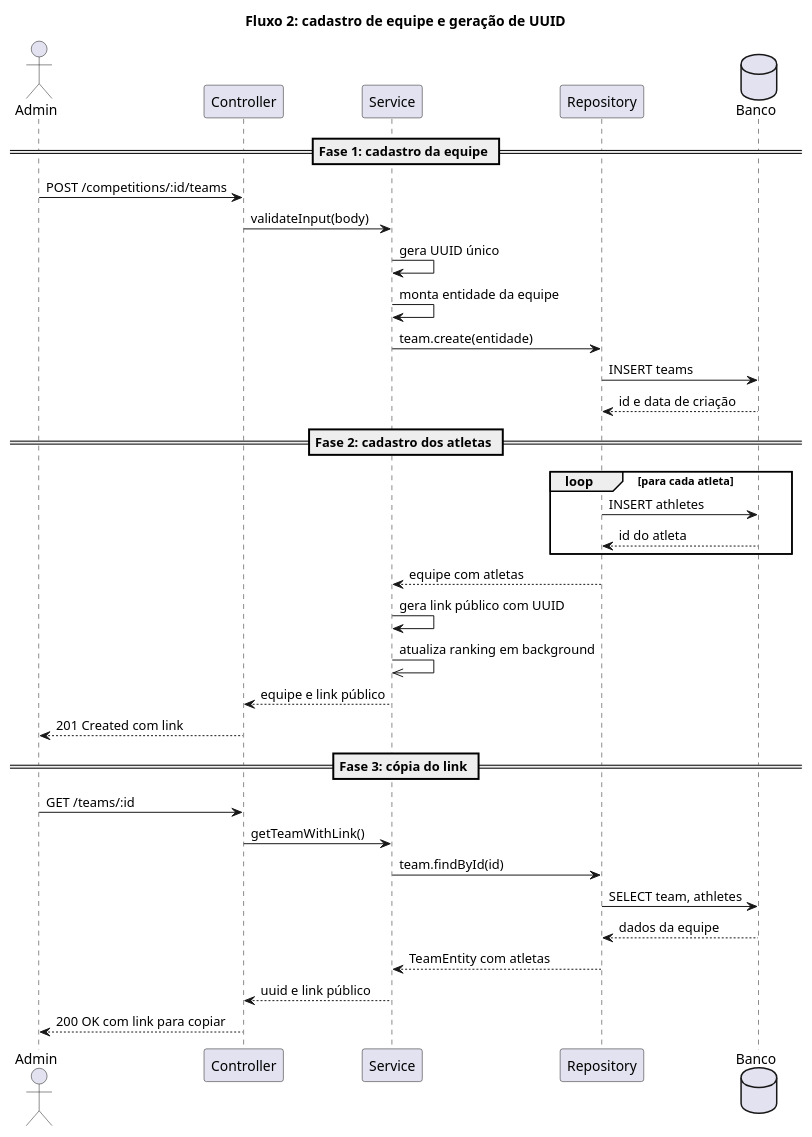
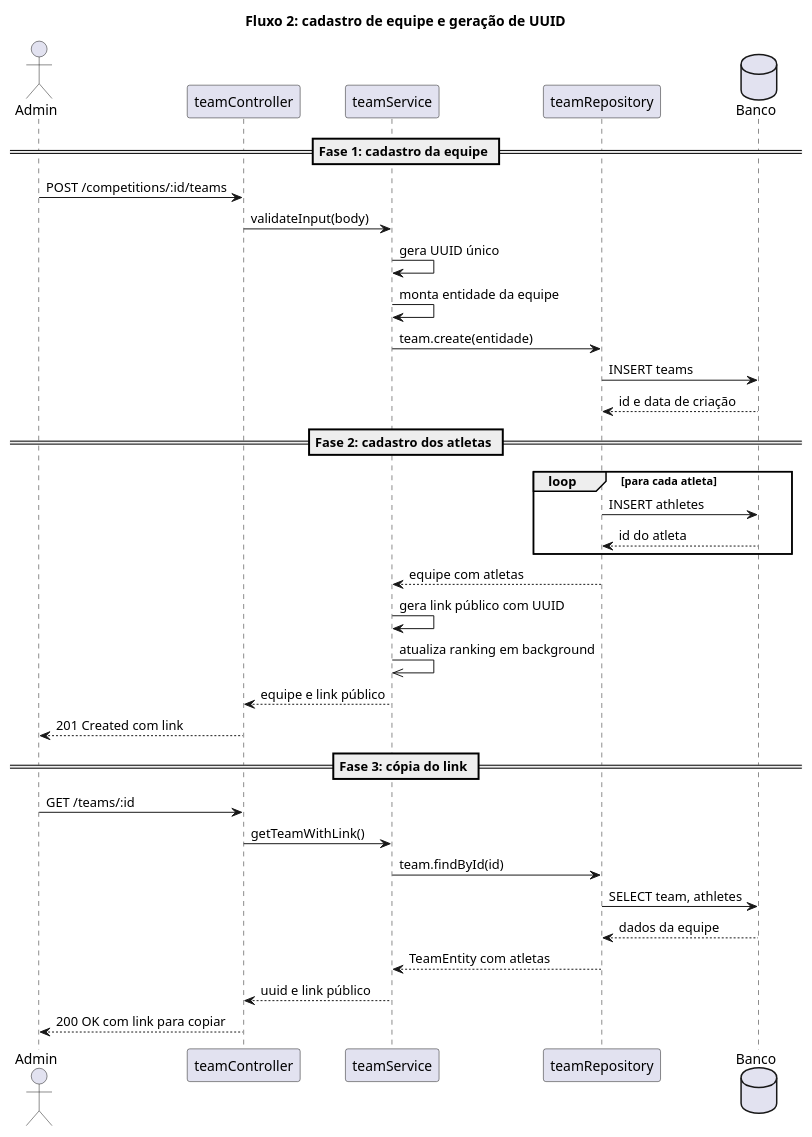
Before and after one commit to Julia-Khristina/RedBull: the second of 4 diagrams in documentos/outros/diagramas-sequencia-puml.md, drawn with PlantUML. The commit also changed other lines of this file, not shown here.

First line of the commit message:
docs(wad): adiciona Fluxos 3 e 4 ao arquivo de diagramas PlantUML

````diff
--- a/documentos/outros/diagramas-sequencia-puml.md
+++ b/documentos/outros/diagramas-sequencia-puml.md
@@ -63,47 +63,47 @@
 ```puml
 @startuml
 
 title Fluxo 2: cadastro de equipe e geração de UUID
 
 actor Admin
-participant Controller
-participant Service
-participant Repository
+participant teamController
+participant teamService
+participant teamRepository
 database Banco
 
 == Fase 1: cadastro da equipe ==
 
-Admin -> Controller : POST /competitions/:id/teams
-Controller -> Service : validateInput(body)
-Service -> Service : gera UUID único
-Service -> Service : monta entidade da equipe
-Service -> Repository : team.create(entidade)
-Repository -> Banco : INSERT teams
-Banco --> Repository : id e data de criação
+Admin -> teamController : POST /competitions/:id/teams
+teamController -> teamService : validateInput(body)
+teamService -> teamService : gera UUID único
+teamService -> teamService : monta entidade da equipe
+teamService -> teamRepository : team.create(entidade)
+teamRepository -> Banco : INSERT teams
+Banco --> teamRepository : id e data de criação
 
 == Fase 2: cadastro dos atletas ==
 
 loop para cada atleta
-  Repository -> Banco : INSERT athletes
-  Banco --> Repository : id do atleta
+teamRepository -> Banco : INSERT athletes
+Banco --> teamRepository : id do atleta
 end
 
-Repository --> Service : equipe com atletas
-Service -> Service : gera link público com UUID
-Service ->> Service : atualiza ranking em background
-Service --> Controller : equipe e link público
-Controller --> Admin : 201 Created com link
+teamRepository --> teamService : equipe com atletas
+teamService -> teamService : gera link público com UUID
+teamService ->> teamService : atualiza ranking em background
+teamService --> teamController : equipe e link público
+teamController --> Admin : 201 Created com link
 
 == Fase 3: cópia do link ==
 
-Admin -> Controller : GET /teams/:id
-Controller -> Service : getTeamWithLink()
-Service -> Repository : team.findById(id)
-Repository -> Banco : SELECT team, athletes
-Banco --> Repository : dados da equipe
-Repository --> Service : TeamEntity com atletas
-Service --> Controller : uuid e link público
-Controller --> Admin : 200 OK com link para copiar
+Admin -> teamController : GET /teams/:id
+teamController -> teamService : getTeamWithLink()
+teamService -> teamRepository : team.findById(id)
+teamRepository -> Banco : SELECT team, athletes
+Banco --> teamRepository : dados da equipe
+teamRepository --> teamService : TeamEntity com atletas
+teamService --> teamController : uuid e link público
+teamController --> Admin : 200 OK com link para copiar
 
 @enduml
 ```
````
